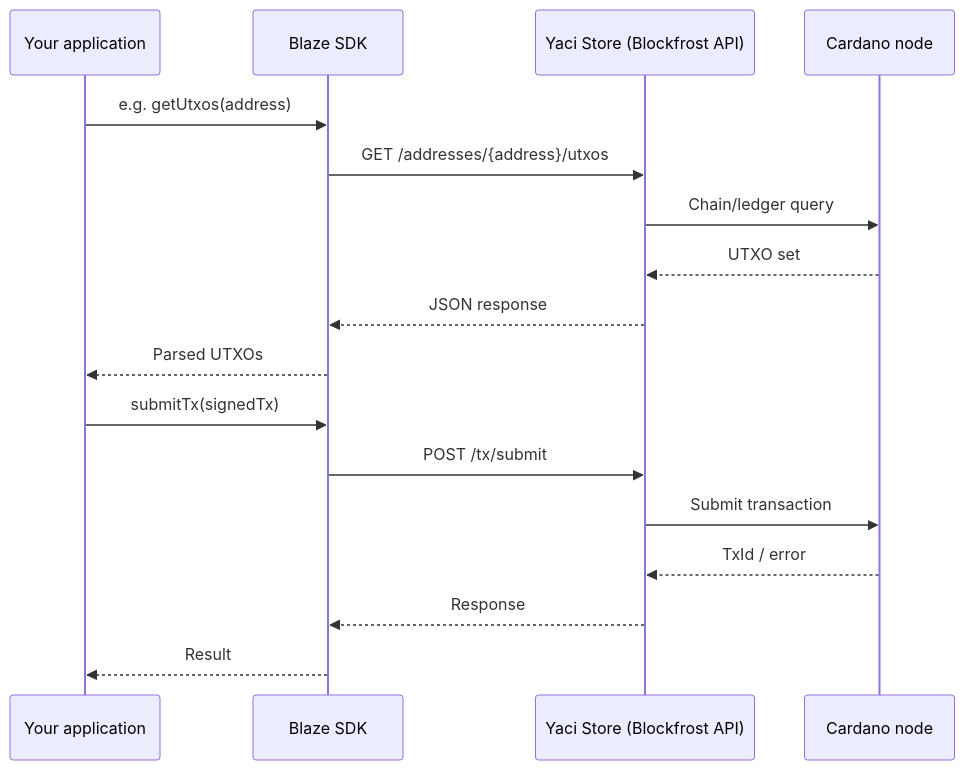
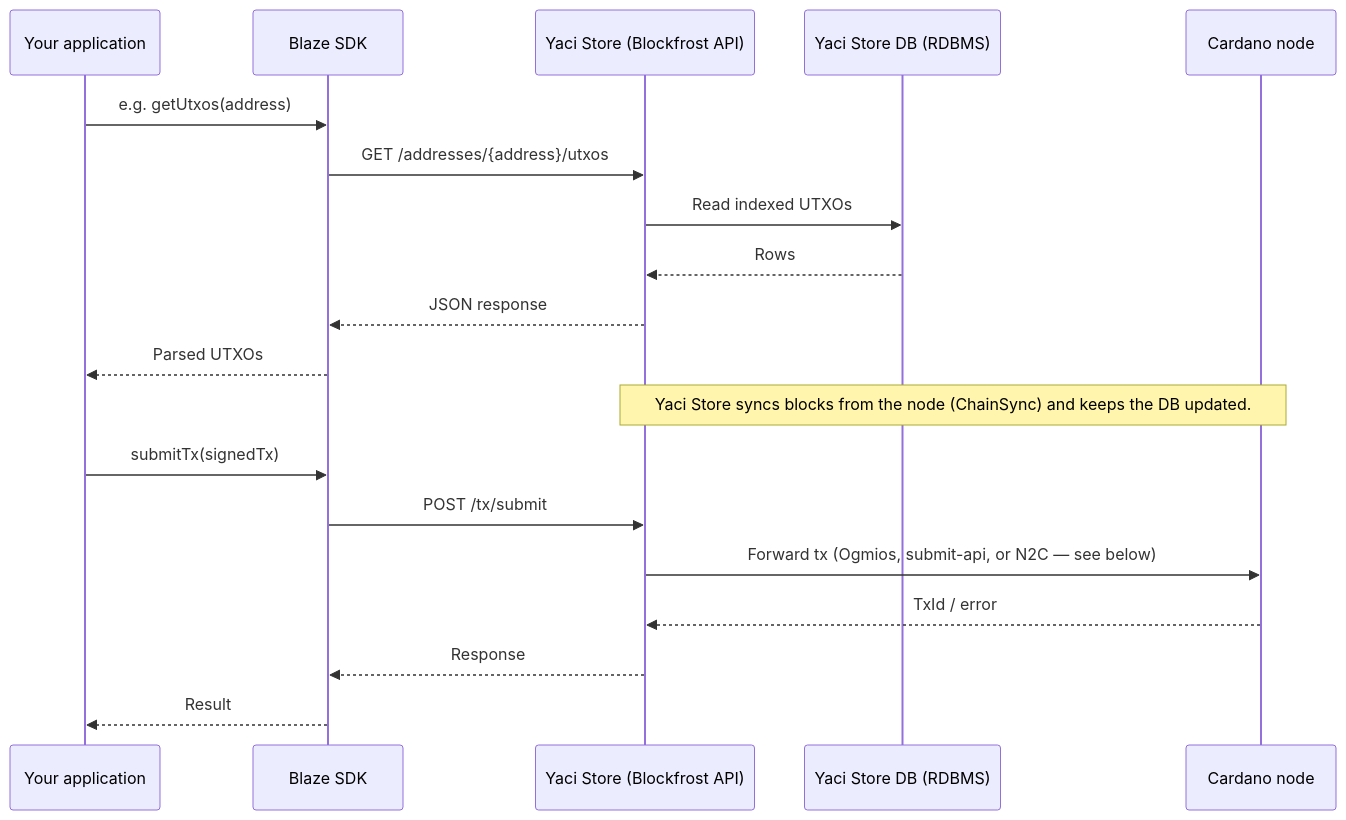
Before and after one commit to danbaruka/developer-experience: the first of 2 diagrams in website/docs/guides/blaze-yaci-store-integration.md, drawn with Mermaid. The commit also changed other lines of this file, not shown here.

First line of the commit message:
docs: enhance Blaze SDK + Yaci DevKit integration guide

````diff
--- a/website/docs/guides/blaze-yaci-store-integration.md
+++ b/website/docs/guides/blaze-yaci-store-integration.md
@@ -13,21 +13,24 @@
 ```mermaid
 sequenceDiagram
   participant App as Your application
   participant Blaze as Blaze SDK
   participant API as Yaci Store (Blockfrost API)
+  participant DB as Yaci Store DB (RDBMS)
   participant Node as Cardano node
 
   App->>Blaze: e.g. getUtxos(address)
   Blaze->>API: GET /addresses/{address}/utxos
-  API->>Node: Chain/ledger query
-  Node-->>API: UTXO set
+  API->>DB: Read indexed UTXOs
+  DB-->>API: Rows
   API-->>Blaze: JSON response
   Blaze-->>App: Parsed UTXOs
 
+  Note over API,Node: Yaci Store syncs blocks from the node (ChainSync) and keeps the DB updated.
+
   App->>Blaze: submitTx(signedTx)
   Blaze->>API: POST /tx/submit
-  API->>Node: Submit transaction
+  API->>Node: Forward tx (Ogmios, submit-api, or N2C — see below)
   Node-->>API: TxId / error
   API-->>Blaze: Response
   Blaze-->>App: Result
 ```
````
